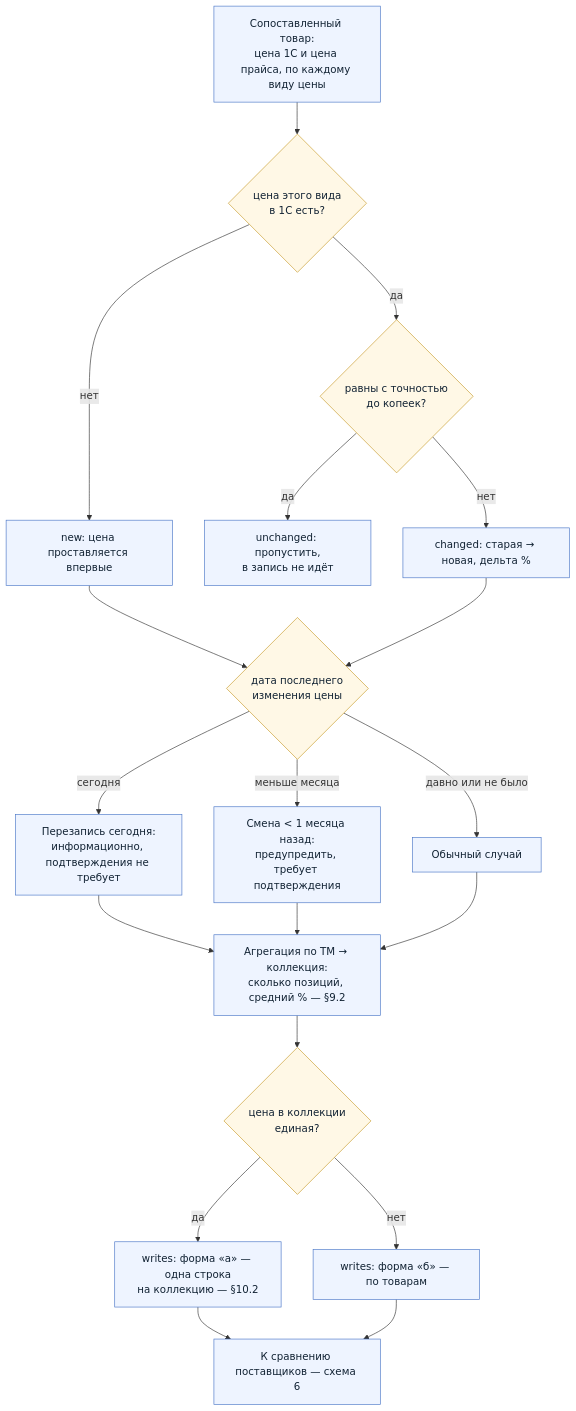
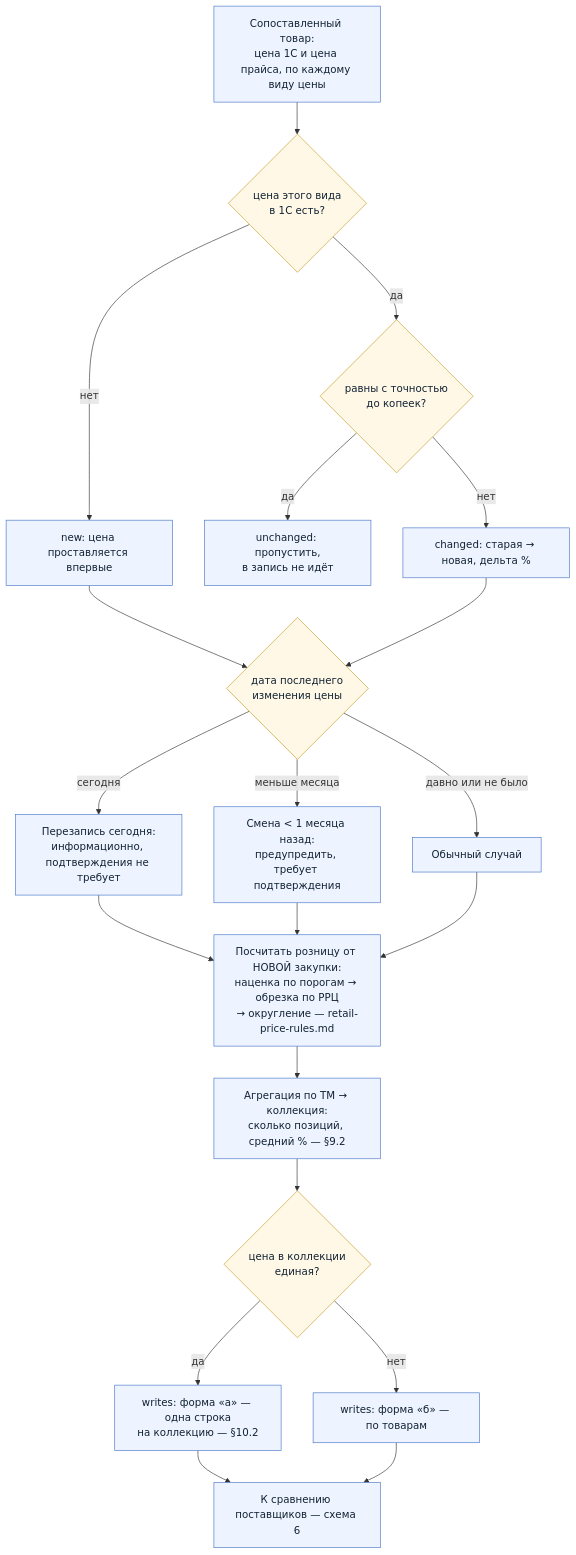
One commit to AlexanderFredy/norwik-helper changed the sixth of 12 diagrams in specs/content-manager-flows.md. Above: the diagram before and after it, drawn with Mermaid. The commit also changed other lines of this file and 4 other files, not shown here.

````diff
--- a/specs/content-manager-flows.md
+++ b/specs/content-manager-flows.md
@@ -235,35 +235,36 @@
 ```mermaid
 flowchart TD
     PAIR["Сопоставленный товар:<br/>цена 1С и цена прайса, по каждому виду цены"]:::act
     HAS{"цена этого вида<br/>в 1С есть?"}:::dec
     NEW["new: цена проставляется впервые"]:::act
     EQ{"равны с точностью<br/>до копеек?"}:::dec
     UNCH["unchanged: пропустить,<br/>в запись не идёт"]:::act
     CHG["changed: старая → новая, дельта %"]:::act
 
     DATE{"дата последнего<br/>изменения цены"}:::dec
     TODAY["Перезапись сегодня:<br/>информационно, подтверждения не требует"]:::act
     CHURN["Смена < 1 месяца назад:<br/>предупредить, требует подтверждения"]:::act
     NORMAL["Обычный случай"]:::act
 
+    RET["Посчитать розницу от НОВОЙ закупки:<br/>наценка по порогам → обрезка по РРЦ<br/>→ округление — retail-price-rules.md"]:::act
     AGG["Агрегация по ТМ → коллекция:<br/>сколько позиций, средний % — §9.2"]:::act
     HOMO{"цена в коллекции<br/>единая?"}:::dec
     FORMA["writes: форма «а» — одна строка<br/>на коллекцию — §10.2"]:::act
     FORMB["writes: форма «б» — по товарам"]:::act
     NEXT["К сравнению поставщиков — схема 6"]:::act
 
     PAIR --> HAS
     HAS -- "нет" --> NEW --> DATE
     HAS -- "да" --> EQ
     EQ -- "да" --> UNCH
     EQ -- "нет" --> CHG --> DATE
-    DATE -- "сегодня" --> TODAY --> AGG
-    DATE -- "меньше месяца" --> CHURN --> AGG
-    DATE -- "давно или не было" --> NORMAL --> AGG
-    AGG --> HOMO
+    DATE -- "сегодня" --> TODAY --> RET
+    DATE -- "меньше месяца" --> CHURN --> RET
+    DATE -- "давно или не было" --> NORMAL --> RET
+    RET --> AGG --> HOMO
     HOMO -- "да" --> FORMA --> NEXT
     HOMO -- "нет" --> FORMB --> NEXT
 
     classDef act fill:#eef4ff,stroke:#4a76c7,color:#123
     classDef dec fill:#fff8e6,stroke:#c79a29,color:#123
 ```
````
